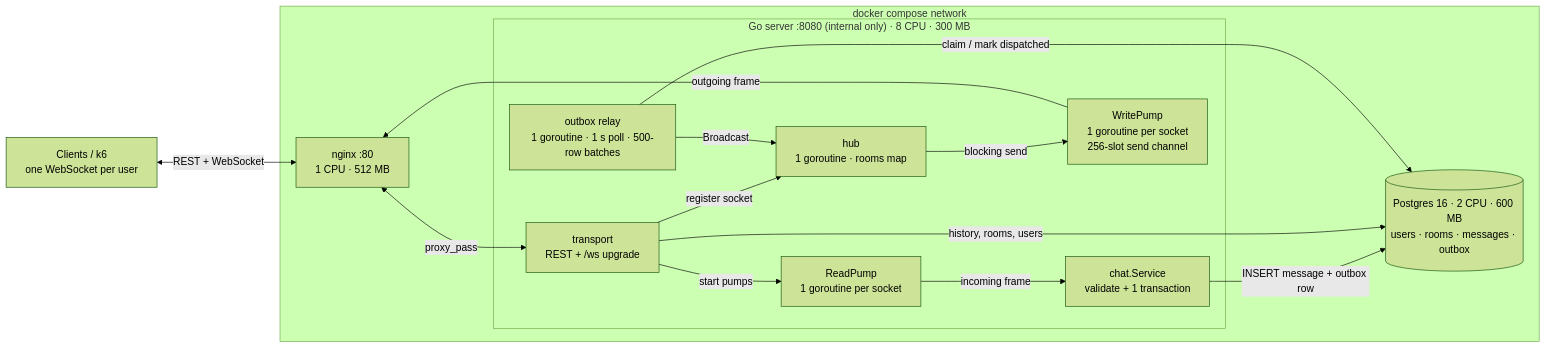
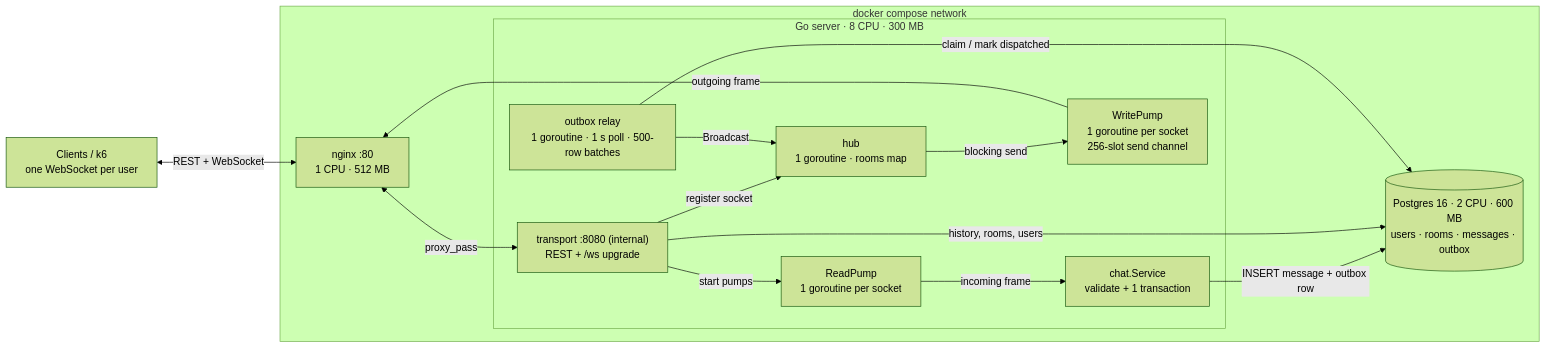
One commit to AGranosik/chat-s changed the first of 2 diagrams in single-instance/README.md. Above: the diagram before and after it, drawn with Mermaid (forest theme). The commit also changed 76 other files, not shown here.

````diff
--- a/single-instance/README.md
+++ b/single-instance/README.md
@@ -30,31 +30,31 @@
 ```mermaid
 flowchart LR
     C["Clients / k6<br/>one WebSocket per user"]
 
     subgraph net["docker compose network"]
         N["nginx :80<br/>1 CPU · 512 MB"]
 
-        subgraph S["Go server :8080 (internal only) · 8 CPU · 300 MB"]
-            T["transport<br/>REST + /ws upgrade"]
+        subgraph S["Go server · 8 CPU · 300 MB"]
+            T["transport :8080 (internal)<br/>REST + /ws upgrade"]
             RP["ReadPump<br/>1 goroutine per socket"]
             SV["chat.Service<br/>validate + 1 transaction"]
-            RL["outbox relay<br/>1 goroutine · 1 s poll · 500-row batches"]
             H["hub<br/>1 goroutine · rooms map"]
             WP["WritePump<br/>1 goroutine per socket<br/>256-slot send channel"]
+            RL["outbox relay<br/>1 goroutine · 1 s poll · 500-row batches"]
         end
 
         PG[("Postgres 16 · 2 CPU · 600 MB<br/>users · rooms · messages · outbox")]
     end
 
     C <-->|"REST + WebSocket"| N
     N <-->|"proxy_pass"| T
     T -->|"register socket"| H
     T -->|"start pumps"| RP
     RP -->|"incoming frame"| SV
     SV -->|"INSERT message + outbox row"| PG
     T -->|"history, rooms, users"| PG
     RL -->|"claim / mark dispatched"| PG
     RL -->|"Broadcast"| H
     H -->|"blocking send"| WP
     WP -->|"outgoing frame"| N
 ```
````
